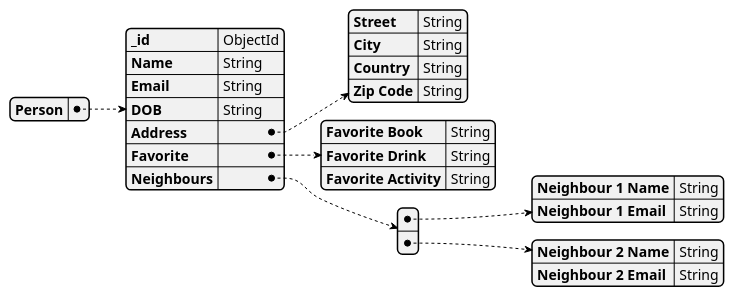
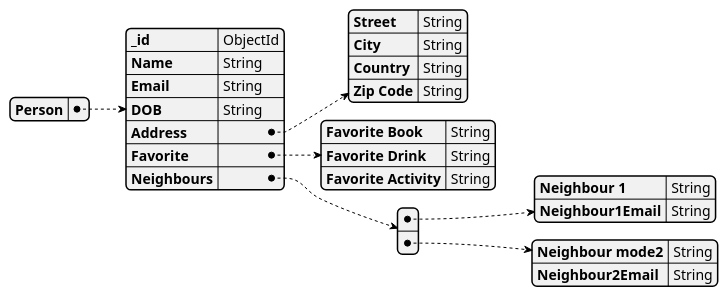
The diagram in Assessment/TASK2/nosql.plantuml (sudefidan/Advanced_Database), drawn with PlantUML before and after one commit. The commit also changed 1 other file, not shown here.

Commit message:
model diagram

```diff
--- a/Assessment/TASK2/nosql.plantuml
+++ b/Assessment/TASK2/nosql.plantuml
@@ -1,31 +1,31 @@
 @startjson
 {
   "Person": {
     "_id": "ObjectId",
     "Name": "String",
     "Email": "String",
     "DOB": "String",
     "Address": {
       "Street": "String",
       "City": "String",
       "Country": "String",
       "Zip Code": "String"
     },
     "Favorite": {
       "Favorite Book": "String",
       "Favorite Drink": "String",
       "Favorite Activity": "String"
     },
     "Neighbours": [
       {
-        "Neighbour 1 Name": "String",
-        "Neighbour 1 Email": "String"
+        "Neighbour 1": "String",
+        "Neighbour1Email": "String"
       },
       {
-        "Neighbour 2 Name": "String",
-        "Neighbour 2 Email": "String"
+        "Neighbour mode2": "String",
+        "Neighbour2Email": "String"
       }
     ]
   }
 }
 @endjson
```
